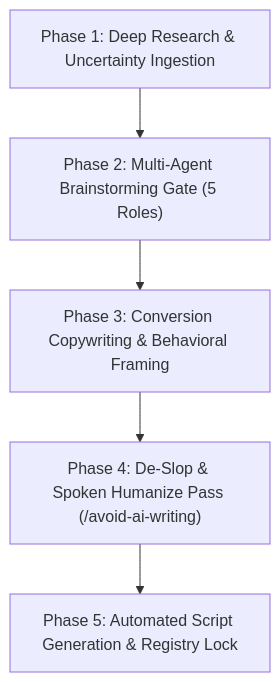
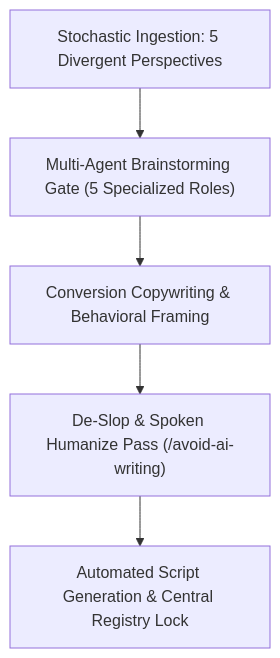
The diagram in docs/cra_podcast/04-CRA-PODCAST-DISCOVERY-AND-PRODUCTION-ENGINE.md (Planet9V/OXOT_Website_Conformity_Application), drawn with Mermaid before and after one commit. The commit also changed other lines of this file and 9 other files, not shown here.

Commit message:
feat(podcast): implement Kaizen multi-perspective stochastic discovery engine and generate Series 10 deep tech episodes

````diff
--- a/docs/cra_podcast/04-CRA-PODCAST-DISCOVERY-AND-PRODUCTION-ENGINE.md
+++ b/docs/cra_podcast/04-CRA-PODCAST-DISCOVERY-AND-PRODUCTION-ENGINE.md
@@ -13,7 +14,7 @@
 ```mermaid
 graph TD
-    A["Phase 1: Deep Research & Uncertainty Ingestion"] --> B["Phase 2: Multi-Agent Brainstorming Gate (5 Roles)"]
-    B --> C["Phase 3: Conversion Copywriting & Behavioral Framing"]
-    C --> D["Phase 4: De-Slop & Spoken Humanize Pass (/avoid-ai-writing)"]
-    D --> E["Phase 5: Automated Script Generation & Registry Lock"]
+    A["Stochastic Ingestion: 5 Divergent Perspectives"] --> B["Multi-Agent Brainstorming Gate (5 Specialized Roles)"]
+    B --> C["Conversion Copywriting & Behavioral Framing"]
+    C --> D["De-Slop & Spoken Humanize Pass (/avoid-ai-writing)"]
+    D --> E["Automated Script Generation & Central Registry Lock"]
 ```
````
